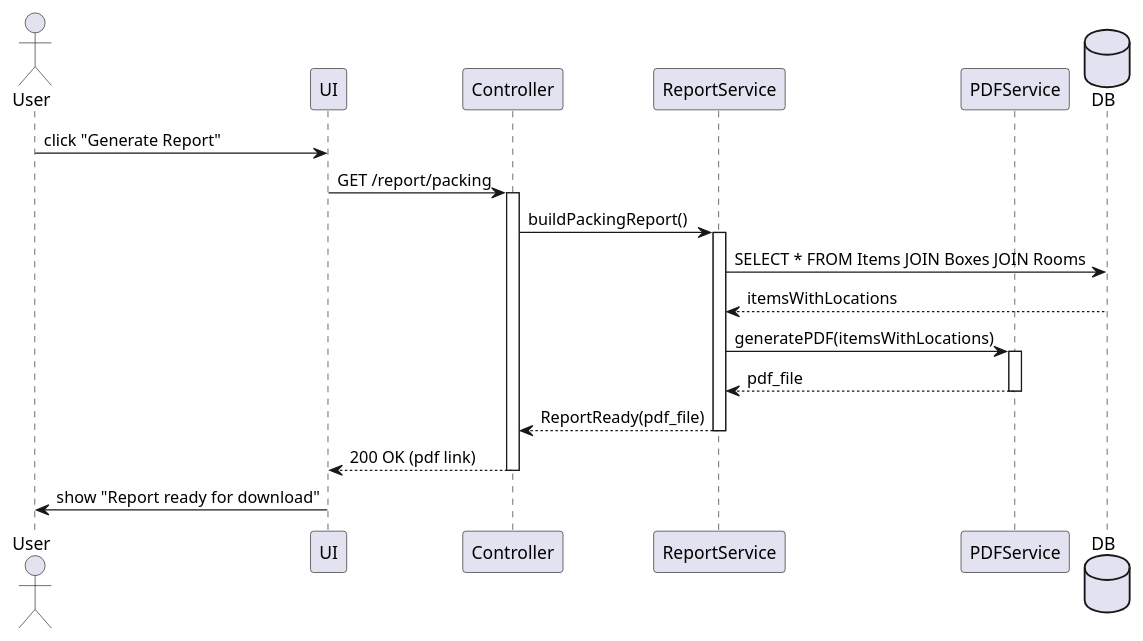
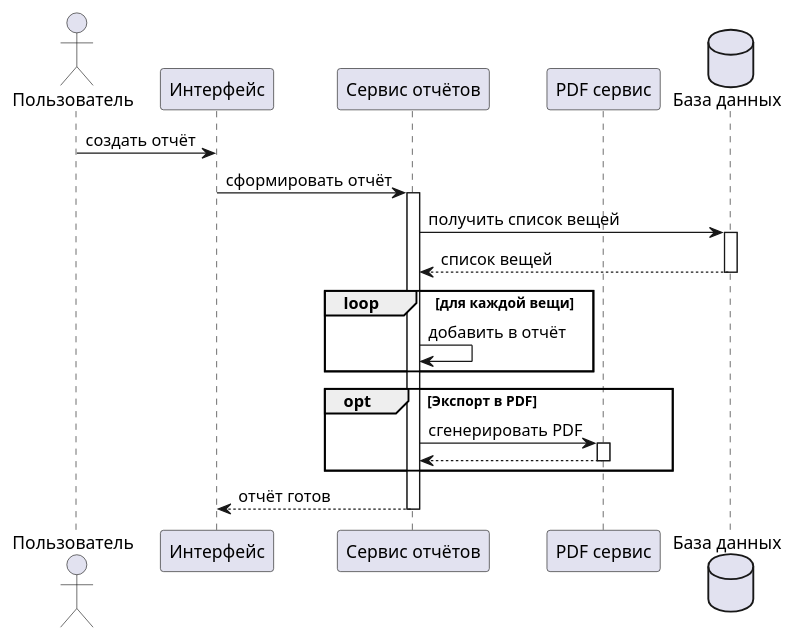
The diagram in docs/behavior/sequence/generate_report_sequence.puml (darkssss-web/moving-planner), drawn with PlantUML before and after one commit.

```diff
--- a/docs/behavior/sequence/generate_report_sequence.puml
+++ b/docs/behavior/sequence/generate_report_sequence.puml
@@ -1,34 +1,32 @@
-@startuml GenerateReportSequence
+@startuml Генерация_Отчёта_По_Упаковке
 
-actor User
-participant UI
-participant Controller
-participant ReportService
-participant PDFService
-database DB
+actor "Пользователь" as User
+participant "Интерфейс" as UI
+participant "Сервис отчётов" as ReportService
+participant "PDF сервис" as PDF
+database "База данных" as DB
 
-User -> UI : click "Generate Report"
-UI -> Controller : GET /report/packing
-activate Controller
-
-Controller -> ReportService : buildPackingReport()
+User -> UI : создать отчёт
+UI -> ReportService : сформировать отчёт
 activate ReportService
 
-ReportService -> DB : SELECT * FROM Items JOIN Boxes JOIN Rooms
-DB --> ReportService : itemsWithLocations
+ReportService -> DB : получить список вещей
+activate DB
+DB --> ReportService : список вещей
+deactivate DB
 
-ReportService -> PDFService : generatePDF(itemsWithLocations)
-activate PDFService
+loop для каждой вещи
+  ReportService -> ReportService : добавить в отчёт
+end
 
-PDFService --> ReportService : pdf_file
-deactivate PDFService
+opt Экспорт в PDF
+  ReportService -> PDF : сгенерировать PDF
+  activate PDF
+  PDF --> ReportService
+  deactivate PDF
+end
 
-ReportService --> Controller : ReportReady(pdf_file)
+ReportService --> UI : отчёт готов
 deactivate ReportService
 
-Controller --> UI : 200 OK (pdf link)
-deactivate Controller
-
-UI -> User : show "Report ready for download"
-
 @enduml
```
